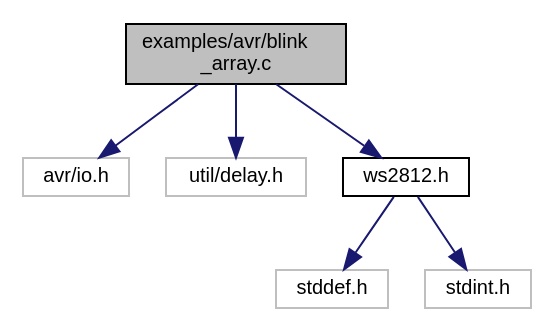
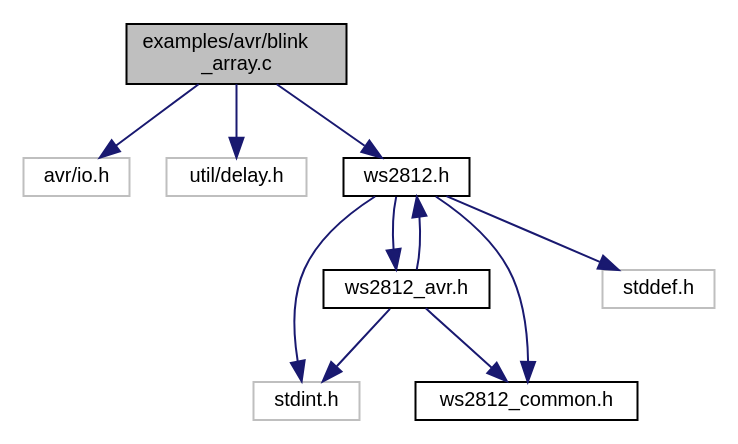
Before and after one commit to CTXz/TinyWS2812: the diagram in docs/avr_2blink__array_8c__incl.dot, drawn with Graphviz. The commit also changed 97 other files, not shown here.

```diff
--- a/docs/avr_2blink__array_8c__incl.dot
+++ b/docs/avr_2blink__array_8c__incl.dot
@@ -1,17 +1,24 @@
 digraph "examples/avr/blink_array.c"
 {
  // LATEX_PDF_SIZE
   edge [fontname="Helvetica",fontsize="10",labelfontname="Helvetica",labelfontsize="10"];
   node [fontname="Helvetica",fontsize="10",shape=record];
-  Node1 [label="examples/avr/blink\l_array.c",height=0.2,width=0.4,color="black", fillcolor="grey75", style="filled", fontcolor="black",tooltip="Blinks one or more WS2812 strips using a RGB array."];
+  Node1 [label="examples/avr/blink\l_array.c",height=0.2,width=0.4,color="black", fillcolor="grey75", style="filled", fontcolor="black",tooltip="Blinks one or more WS2812 devices using a RGB array."];
   Node1 -> Node2 [color="midnightblue",fontsize="10",style="solid",fontname="Helvetica"];
   Node2 [label="avr/io.h",height=0.2,width=0.4,color="grey75", fillcolor="white", style="filled",tooltip=" "];
   Node1 -> Node3 [color="midnightblue",fontsize="10",style="solid",fontname="Helvetica"];
   Node3 [label="util/delay.h",height=0.2,width=0.4,color="grey75", fillcolor="white", style="filled",tooltip=" "];
   Node1 -> Node4 [color="midnightblue",fontsize="10",style="solid",fontname="Helvetica"];
   Node4 [label="ws2812.h",height=0.2,width=0.4,color="black", fillcolor="white", style="filled",URL="$ws2812_8h.html",tooltip="Exposes the Tiny-WS2812 driver interface."];
   Node4 -> Node5 [color="midnightblue",fontsize="10",style="solid",fontname="Helvetica"];
-  Node5 [label="stddef.h",height=0.2,width=0.4,color="grey75", fillcolor="white", style="filled",tooltip=" "];
+  Node5 [label="ws2812_avr.h",height=0.2,width=0.4,color="black", fillcolor="white", style="filled",URL="$ws2812__avr_8h.html",tooltip="Provides AVR platform specific definitions."];
+  Node5 -> Node6 [color="midnightblue",fontsize="10",style="solid",fontname="Helvetica"];
+  Node6 [label="stdint.h",height=0.2,width=0.4,color="grey75", fillcolor="white", style="filled",tooltip=" "];
+  Node5 -> Node7 [color="midnightblue",fontsize="10",style="solid",fontname="Helvetica"];
+  Node7 [label="ws2812_common.h",height=0.2,width=0.4,color="black", fillcolor="white", style="filled",URL="$ws2812__common_8h.html",tooltip="Definitions required by all platform specific headers."];
+  Node5 -> Node4 [color="midnightblue",fontsize="10",style="solid",fontname="Helvetica"];
+  Node4 -> Node8 [color="midnightblue",fontsize="10",style="solid",fontname="Helvetica"];
+  Node8 [label="stddef.h",height=0.2,width=0.4,color="grey75", fillcolor="white", style="filled",tooltip=" "];
   Node4 -> Node6 [color="midnightblue",fontsize="10",style="solid",fontname="Helvetica"];
-  Node6 [label="stdint.h",height=0.2,width=0.4,color="grey75", fillcolor="white", style="filled",tooltip=" "];
+  Node4 -> Node7 [color="midnightblue",fontsize="10",style="solid",fontname="Helvetica"];
 }
```
